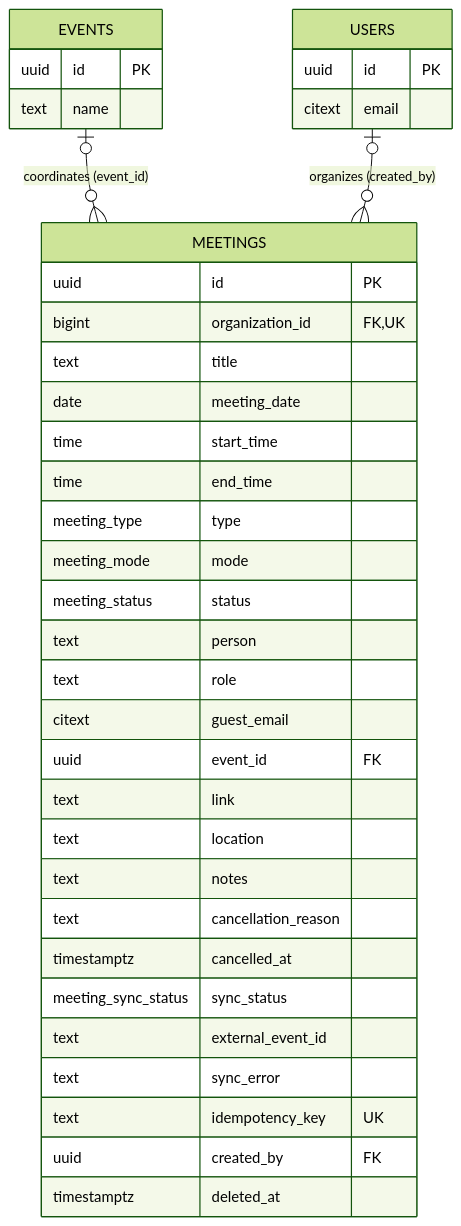
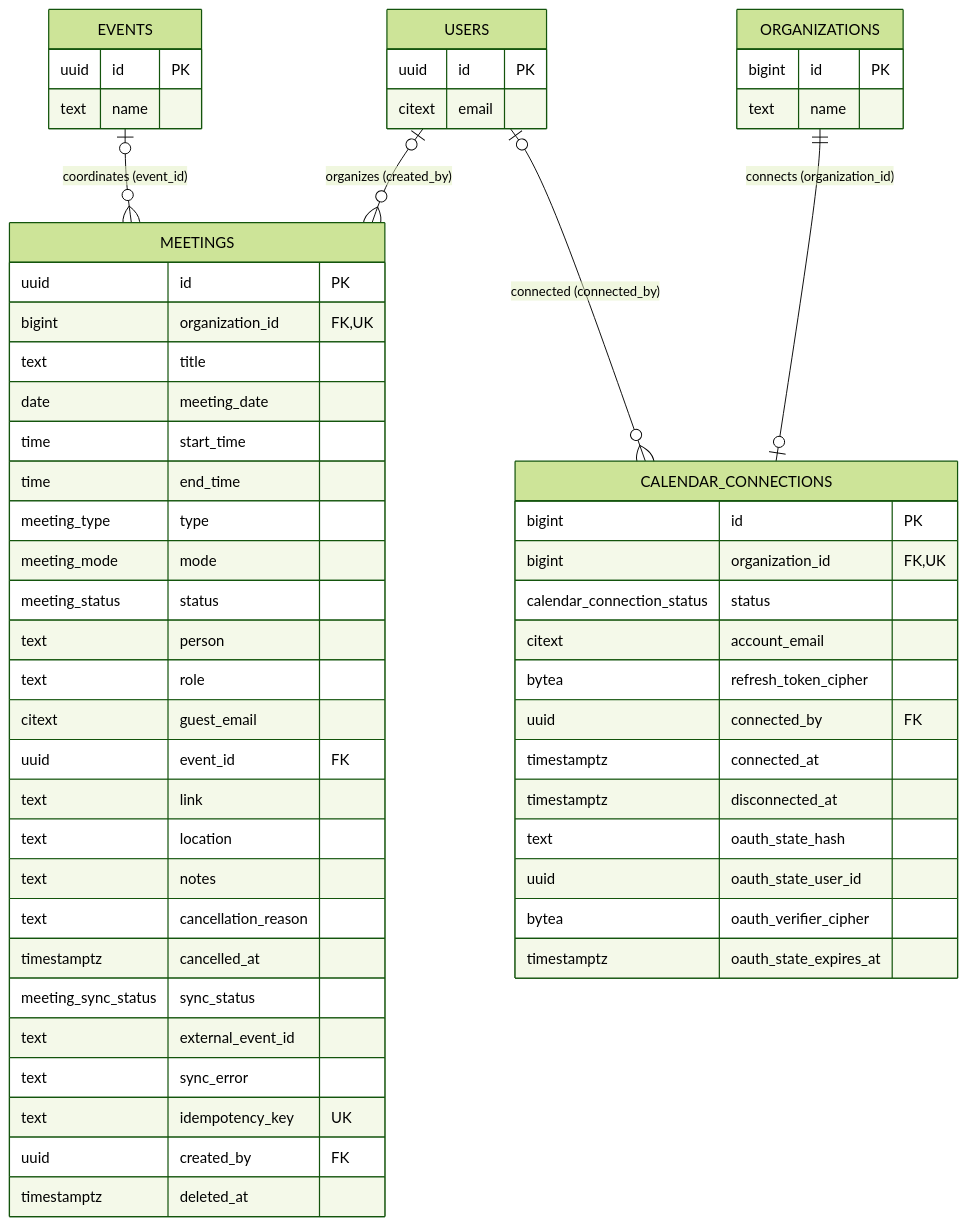
Diagram 11 of 13 in 04-architecture/erd.md (kaungkhantdev/eventa-docs), drawn with Mermaid (forest theme) before and after one commit. The commit also changed other lines of this file and 3 other files, not shown here.

````diff
--- a/04-architecture/erd.md
+++ b/04-architecture/erd.md
@@ -1864,40 +1874,60 @@
 ```mermaid
 erDiagram
     MEETINGS {
         uuid id PK
         bigint organization_id FK,UK
         text title
         date meeting_date
         time start_time
         time end_time
         meeting_type type
         meeting_mode mode
         meeting_status status
         text person
         text role
         citext guest_email
         uuid event_id FK
         text link
         text location
         text notes
         text cancellation_reason
         timestamptz cancelled_at
         meeting_sync_status sync_status
         text external_event_id
         text sync_error
         text idempotency_key UK
         uuid created_by FK
         timestamptz deleted_at
     }
     EVENTS {
         uuid id PK
         text name
     }
     USERS {
         uuid id PK
         citext email
     }
+    ORGANIZATIONS {
+        bigint id PK
+        text name
+    }
+    CALENDAR_CONNECTIONS {
+        bigint id PK
+        bigint organization_id FK,UK
+        calendar_connection_status status
+        citext account_email
+        bytea refresh_token_cipher
+        uuid connected_by FK
+        timestamptz connected_at
+        timestamptz disconnected_at
+        text oauth_state_hash
+        uuid oauth_state_user_id
+        bytea oauth_verifier_cipher
+        timestamptz oauth_state_expires_at
+    }
 
     EVENTS |o--o{ MEETINGS : "coordinates (event_id)"
     USERS |o--o{ MEETINGS : "organizes (created_by)"
+    ORGANIZATIONS ||--o| CALENDAR_CONNECTIONS : "connects (organization_id)"
+    USERS |o--o{ CALENDAR_CONNECTIONS : "connected (connected_by)"
 ```
````
